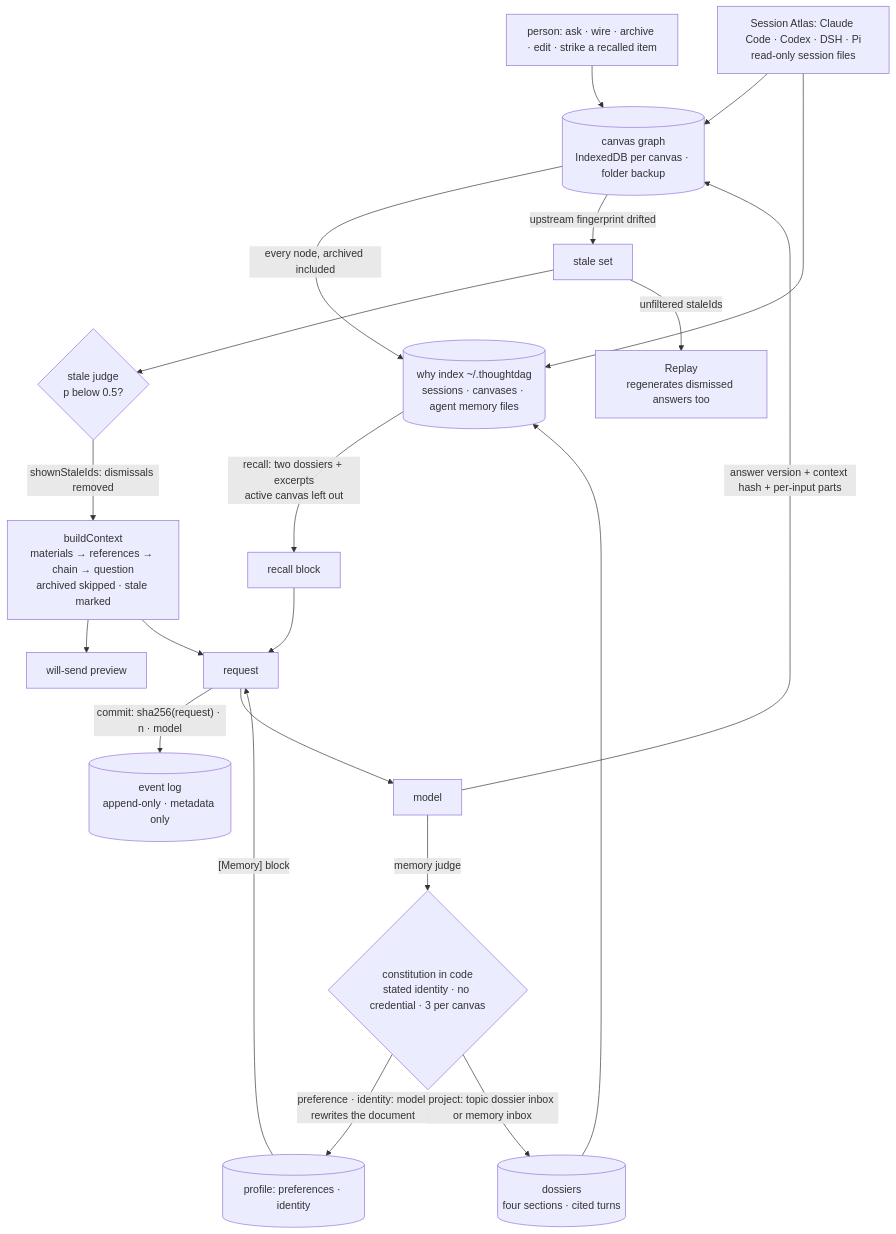
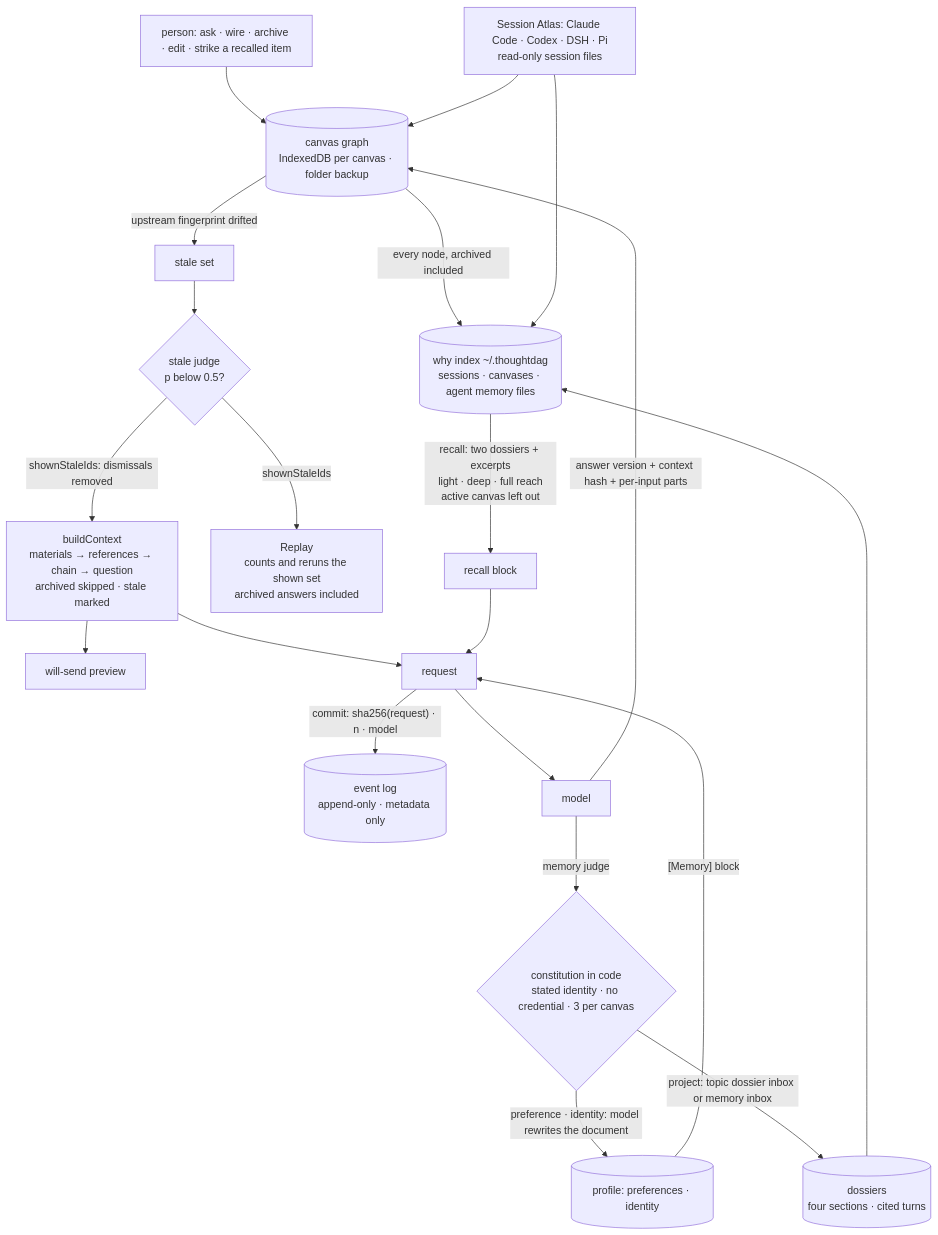
The diagram in content/systems/thoughtdag.md (neoneye/agent-memory-atlas), drawn with Mermaid before and after one commit. The commit also changed other lines of this file and 10 other files, not shown here.

````diff
--- a/content/systems/thoughtdag.md
+++ b/content/systems/thoughtdag.md
@@ -182,24 +187,24 @@
 ```mermaid
-%% caption: a person's wires are the retrieval; the same compiler, given one stale set with the judge's dismissals removed, feeds the preview and the request; recall and the profile join the request before dispatch and the commit hash covers them; archive excludes on the canvas and not in the index recall reads
+%% caption: a person's wires are the retrieval; the same compiler, given one stale set with the judge's dismissals removed, feeds the preview and the request, and Replay reruns that set; recall and the profile join the request before dispatch and the commit hash covers them; archive excludes on the canvas and not in the index recall reads
 flowchart TB
     P["person: ask · wire · archive · edit · strike a recalled item"] --> G[("canvas graph<br/>IndexedDB per canvas · folder backup")]
     A["Session Atlas: Claude Code · Codex · DSH · Pi<br/>read-only session files"] --> G
     G -->|"every node, archived included"| X[("why index ~/.thoughtdag<br/>sessions · canvases · agent memory files")]
     A --> X
     G -->|"upstream fingerprint drifted"| S["stale set"]
     S --> SJ{"stale judge<br/>p below 0.5?"}
     SJ -->|"shownStaleIds: dismissals removed"| C["buildContext<br/>materials → references → chain → question<br/>archived skipped · stale marked"]
-    S -->|"unfiltered staleIds"| RP["Replay<br/>regenerates dismissed answers too"]
+    SJ -->|"shownStaleIds"| RP["Replay<br/>counts and reruns the shown set<br/>archived answers included"]
     C --> PV["will-send preview"]
-    X -->|"recall: two dossiers + excerpts<br/>active canvas left out"| R["recall block"]
+    X -->|"recall: two dossiers + excerpts<br/>light · deep · full reach<br/>active canvas left out"| R["recall block"]
     PR[("profile: preferences · identity")] -->|"[Memory] block"| Q["request"]
     C --> Q
     R --> Q
     Q -->|"commit: sha256(request) · n · model"| E[("event log<br/>append-only · metadata only")]
     Q --> LLM["model"]
     LLM -->|"answer version + context hash + per-input parts"| G
     LLM -->|"memory judge"| J{"constitution in code<br/>stated identity · no credential · 3 per canvas"}
     J -->|"preference · identity: model rewrites the document"| PR
     J -->|"project: topic dossier inbox or memory inbox"| D[("dossiers<br/>four sections · cited turns")]
     D --> X
 ```
````
